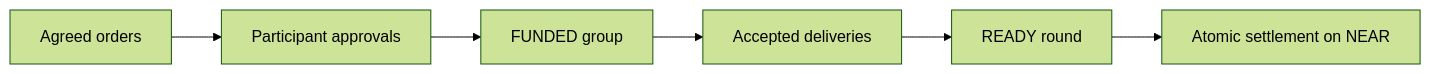
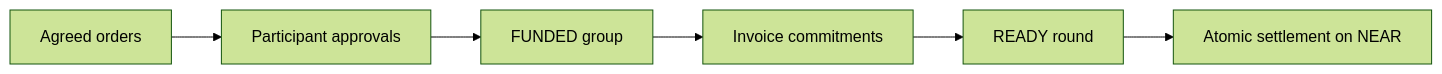
Before and after one commit to NSEVEjk0/ach-v4: the diagram in docs/architecture.md, drawn with Mermaid (forest theme). The commit also changed other lines of this file and 10 other files, not shown here.

````diff
--- a/docs/architecture.md
+++ b/docs/architecture.md
@@ -35,8 +35,8 @@
 ```mermaid
 flowchart LR
     Agreements[Agreed orders] --> Approvals[Participant approvals]
     Approvals --> Funded[FUNDED group]
-    Funded --> Deliveries[Accepted deliveries]
-    Deliveries --> Ready[READY round]
+    Funded --> Invoices[Invoice commitments]
+    Invoices --> Ready[READY round]
     Ready --> Settlement[Atomic settlement on NEAR]
 ```
````
